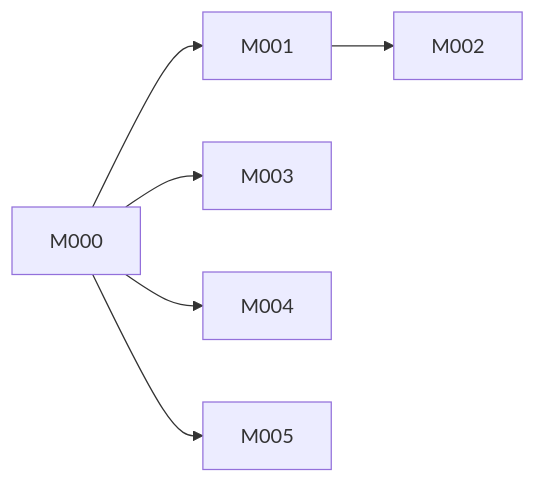
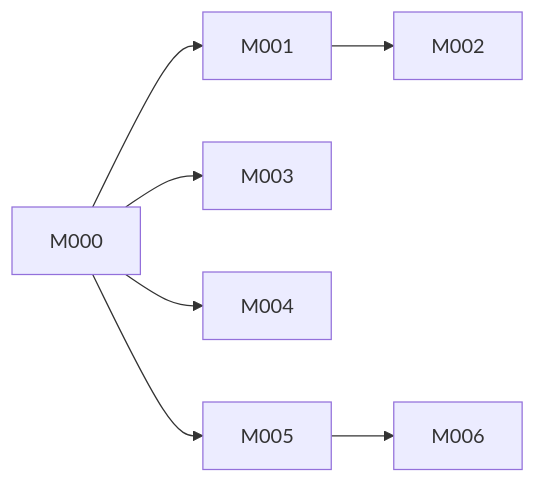
The diagram in .factory/planning/milestones.md (eskobar95/mercflow), drawn with Mermaid before and after one commit. The commit also changed other lines of this file and 7 other files, not shown here.

````diff
--- a/.factory/planning/milestones.md
+++ b/.factory/planning/milestones.md
@@ -186,8 +215,9 @@
 ```mermaid
 flowchart LR
   M000 --> M001
   M000 --> M003
   M000 --> M004
   M000 --> M005
   M001 --> M002
+  M005 --> M006
 ```
````
